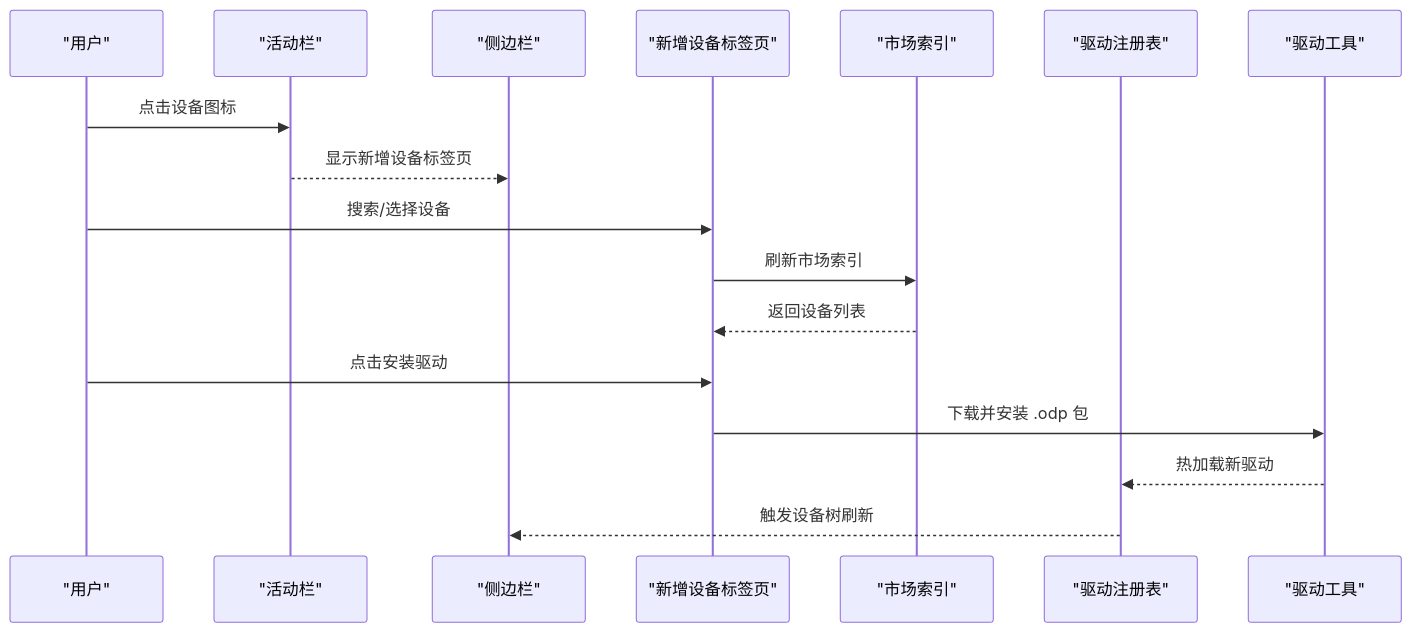
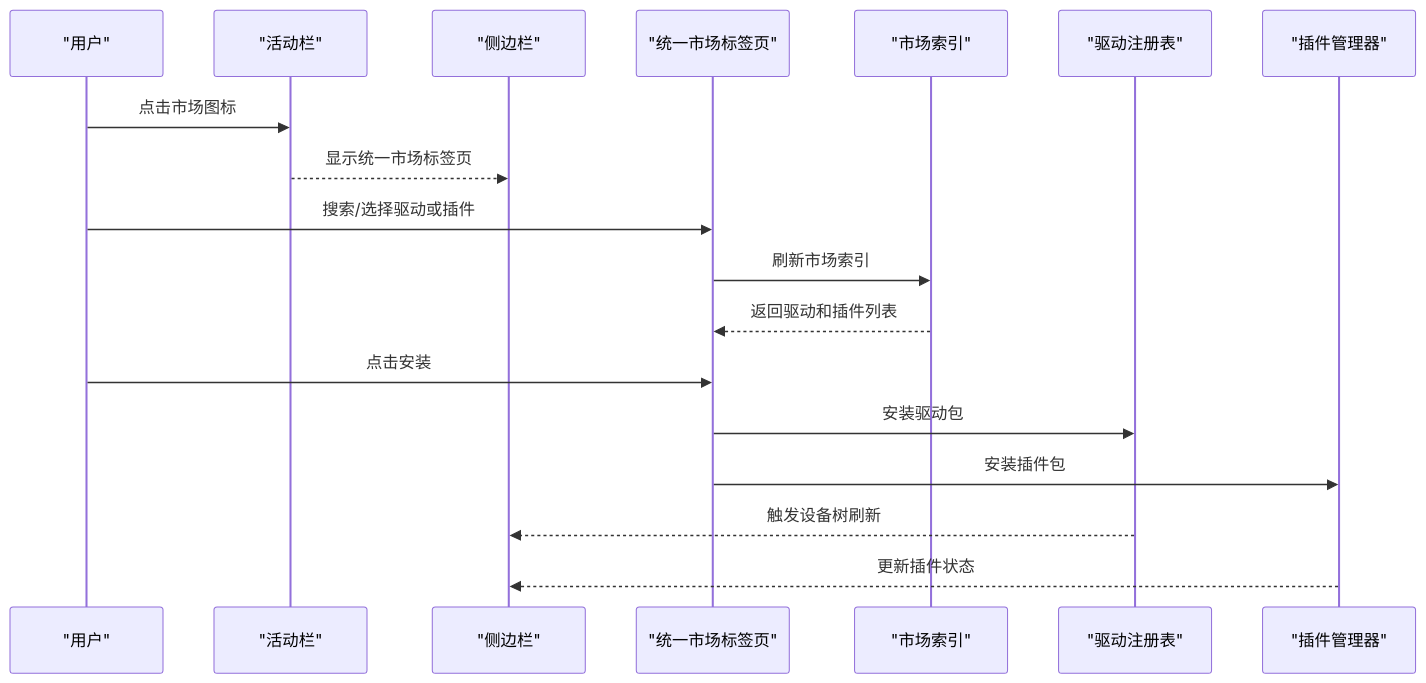
The second of 10 diagrams in .qoder/repowiki/zh/content/架构设计/插件系统架构/扩展面板系统.md (jakecai1225-design/OpenBus), drawn with Mermaid before and after one commit. The commit also changed other lines of this file and 70 other files, not shown here.

````diff
--- a/.qoder/repowiki/zh/content/架构设计/插件系统架构/扩展面板系统.md
+++ b/.qoder/repowiki/zh/content/架构设计/插件系统架构/扩展面板系统.md
@@ -156,19 +152,20 @@
 ```mermaid
 sequenceDiagram
 participant U as "用户"
 participant AB as "活动栏"
 participant SB as "侧边栏"
-participant ADT as "新增设备标签页"
+participant MT as "统一市场标签页"
 participant MI as "市场索引"
 participant DR as "驱动注册表"
-participant DT as "驱动工具"
-U->>AB : 点击设备图标
-AB-->>SB : 显示新增设备标签页
-U->>ADT : 搜索/选择设备
-ADT->>MI : 刷新市场索引
-MI-->>ADT : 返回设备列表
-U->>ADT : 点击安装驱动
-ADT->>DT : 下载并安装 .odp 包
-DT-->>DR : 热加载新驱动
+participant PM as "插件管理器"
+U->>AB : 点击市场图标
+AB-->>SB : 显示统一市场标签页
+U->>MT : 搜索/选择驱动或插件
+MT->>MI : 刷新市场索引
+MI-->>MT : 返回驱动和插件列表
+U->>MT : 点击安装
+MT->>DR : 安装驱动包
+MT->>PM : 安装插件包
 DR-->>SB : 触发设备树刷新
+PM-->>SB : 更新插件状态
 ```
````
